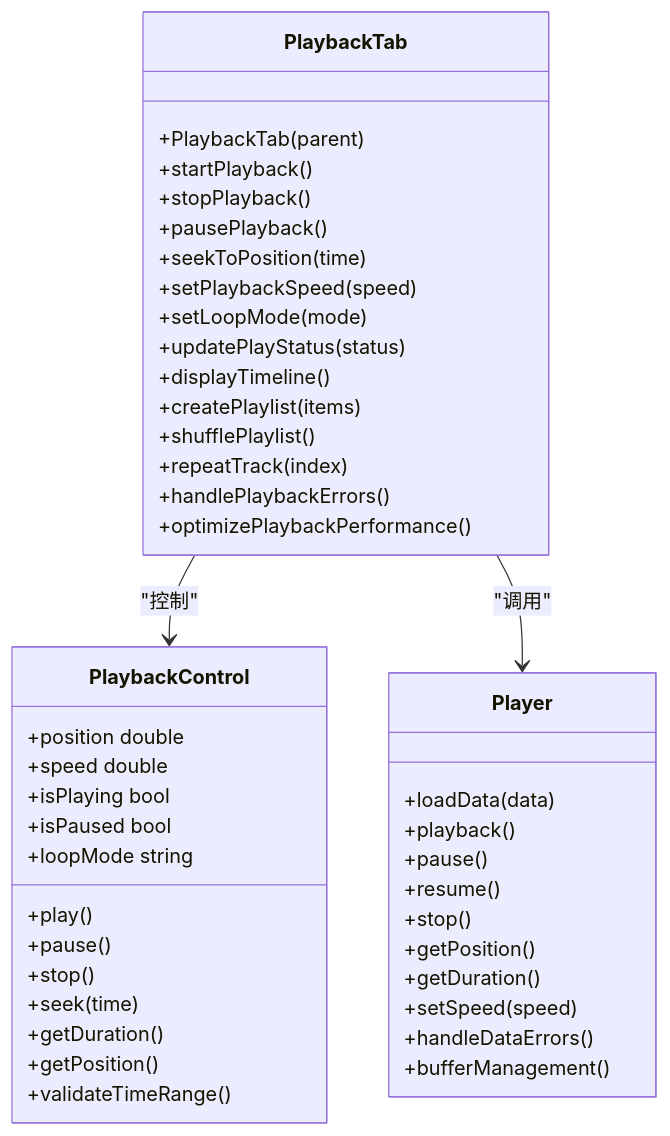
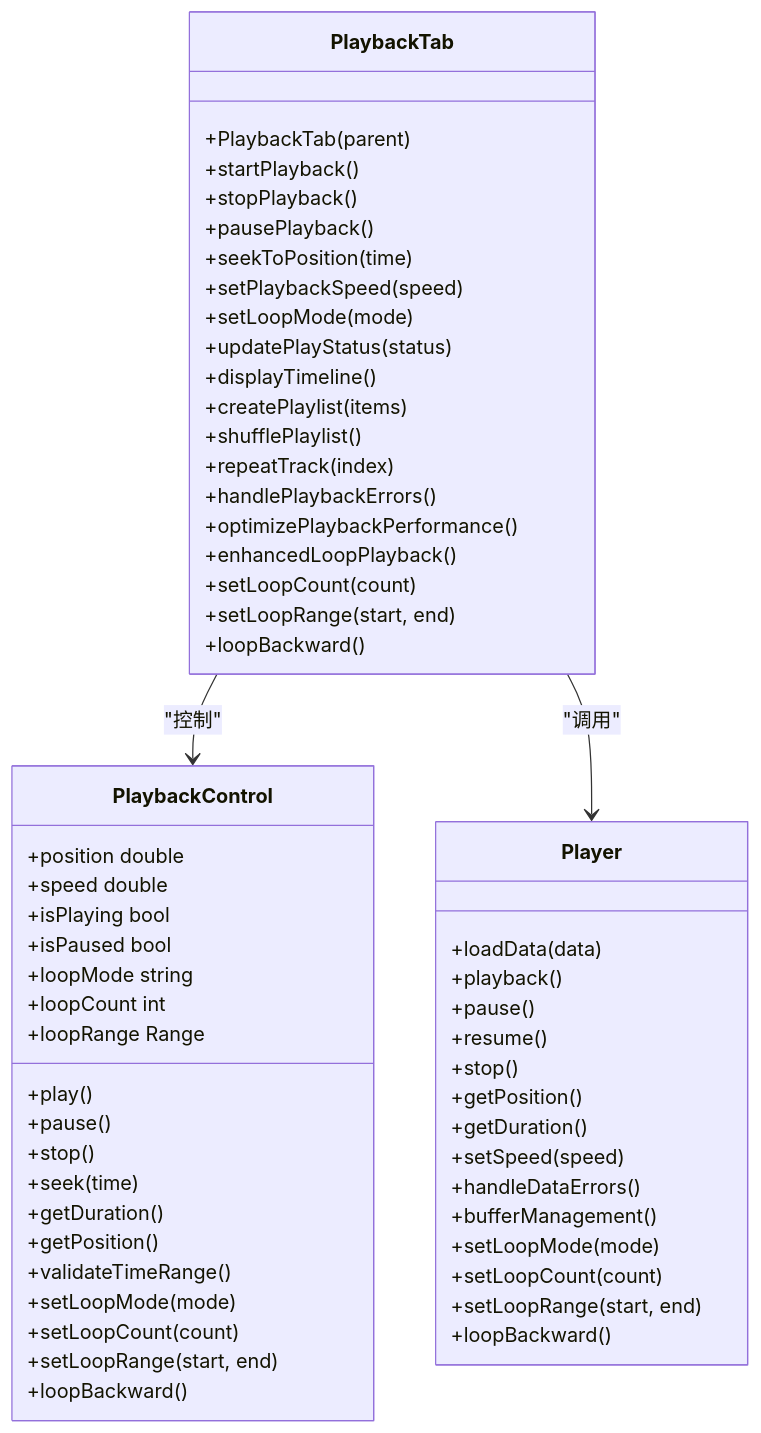
Diagram 20 of 28 in .qoder/repowiki/zh/content/架构设计/UI系统设计/UI系统设计.md (jakecai1225-design/OpenBus), drawn with Mermaid before and after one commit. The commit also changed other lines of this file and 38 other files, not shown here.

````diff
--- a/.qoder/repowiki/zh/content/架构设计/UI系统设计/UI系统设计.md
+++ b/.qoder/repowiki/zh/content/架构设计/UI系统设计/UI系统设计.md
@@ -1379,47 +1511,61 @@
 ```mermaid
 classDiagram
 class PlaybackTab {
 +PlaybackTab(parent)
 +startPlayback()
 +stopPlayback()
 +pausePlayback()
 +seekToPosition(time)
 +setPlaybackSpeed(speed)
 +setLoopMode(mode)
 +updatePlayStatus(status)
 +displayTimeline()
 +createPlaylist(items)
 +shufflePlaylist()
 +repeatTrack(index)
 +handlePlaybackErrors()
 +optimizePlaybackPerformance()
++enhancedLoopPlayback()
++setLoopCount(count)
++setLoopRange(start, end)
++loopBackward()
 }
 class PlaybackControl {
 +position double
 +speed double
 +isPlaying bool
 +isPaused bool
 +loopMode string
++loopCount int
++loopRange Range
 +play()
 +pause()
 +stop()
 +seek(time)
 +getDuration()
 +getPosition()
 +validateTimeRange()
++setLoopMode(mode)
++setLoopCount(count)
++setLoopRange(start, end)
++loopBackward()
 }
 class Player {
 +loadData(data)
 +playback()
 +pause()
 +resume()
 +stop()
 +getPosition()
 +getDuration()
 +setSpeed(speed)
 +handleDataErrors()
 +bufferManagement()
++setLoopMode(mode)
++setLoopCount(count)
++setLoopRange(start, end)
++loopBackward()
 }
 PlaybackTab --> PlaybackControl : "控制"
 PlaybackTab --> Player : "调用"
 ```
````
